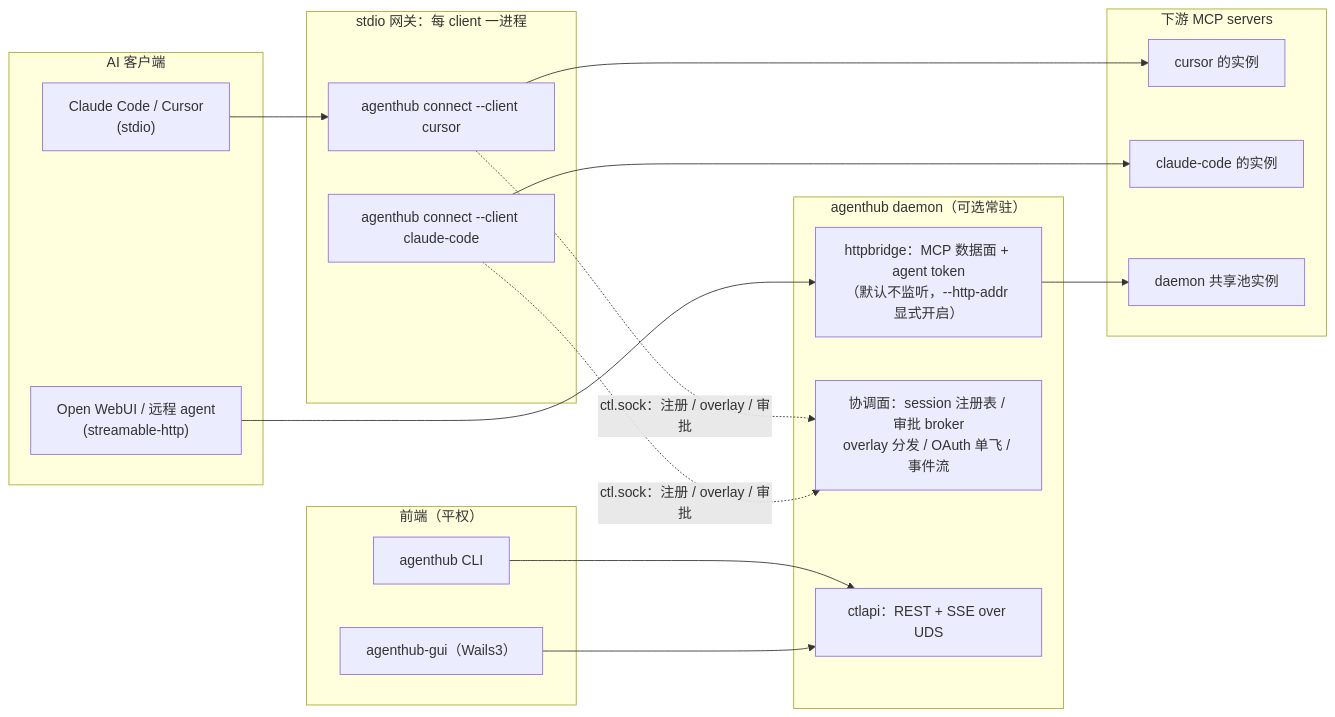
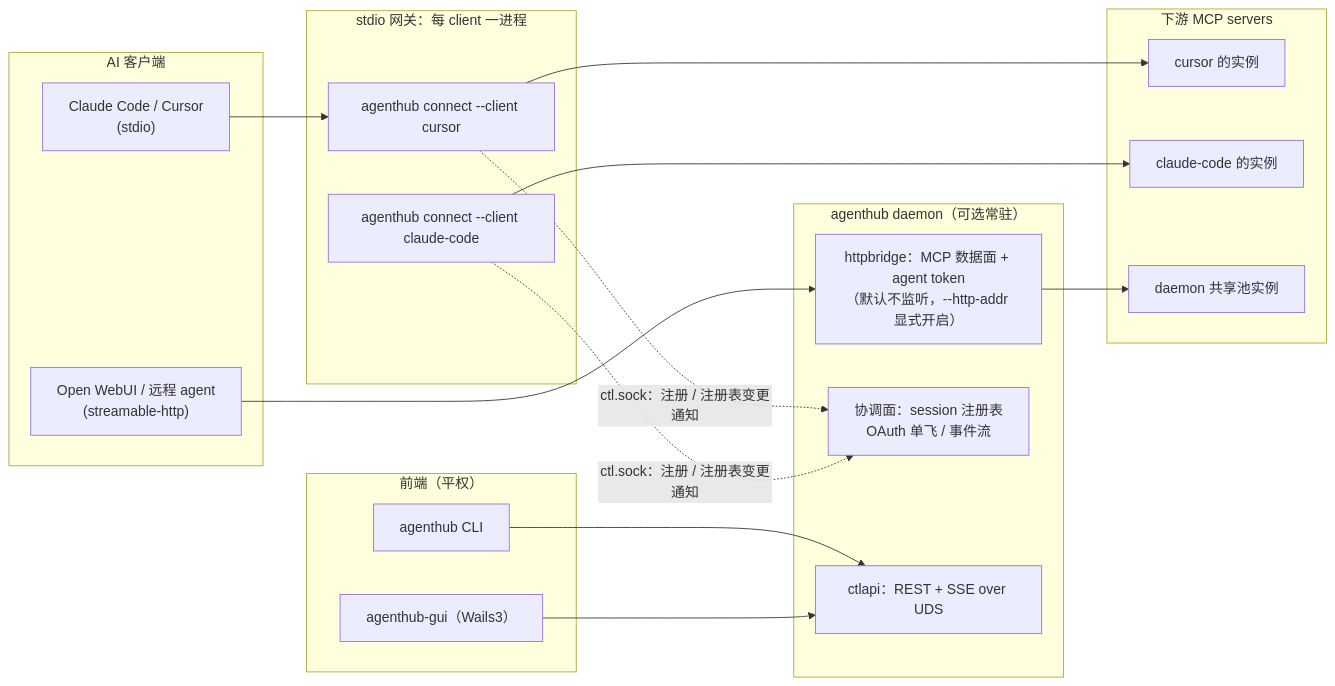
One commit to dinstein/agent-hub changed the first of 8 diagrams in docs/zh-CN/architecture.md. Above: the diagram before and after it, drawn with Mermaid. The commit also changed other lines of this file and 3 other files, not shown here.

````diff
--- a/docs/zh-CN/architecture.md
+++ b/docs/zh-CN/architecture.md
@@ -25,33 +25,33 @@
 ```mermaid
 flowchart LR
     subgraph clients["AI 客户端"]
         C1["Claude Code / Cursor<br/>(stdio)"]
         C2["Open WebUI / 远程 agent<br/>(streamable-http)"]
     end
     subgraph gws["stdio 网关：每 client 一进程"]
         G1["agenthub connect --client cursor"]
         G2["agenthub connect --client claude-code"]
     end
     subgraph daemon["agenthub daemon（可选常驻）"]
         H["httpbridge：MCP 数据面 + agent token<br/>（默认不监听，--http-addr 显式开启）"]
-        CO["协调面：session 注册表 / 审批 broker<br/>overlay 分发 / OAuth 单飞 / 事件流"]
+        CO["协调面：session 注册表<br/>OAuth 单飞 / 事件流"]
         CP["ctlapi：REST + SSE over UDS"]
     end
     subgraph front["前端（平权）"]
         CLI["agenthub CLI"]
         GUI["agenthub-gui（Wails3）"]
     end
     subgraph down["下游 MCP servers"]
         D1["cursor 的实例"]
         D2["claude-code 的实例"]
         D3["daemon 共享池实例"]
     end
     C1 --> G1
     C2 --> H
     G1 --> D1
     G2 --> D2
     H --> D3
-    G1 & G2 -.->|"ctl.sock：注册 / overlay / 审批"| CO
+    G1 & G2 -.->|"ctl.sock：注册 / 注册表变更通知"| CO
     CLI --> CP
     GUI --> CP
 ```
````
